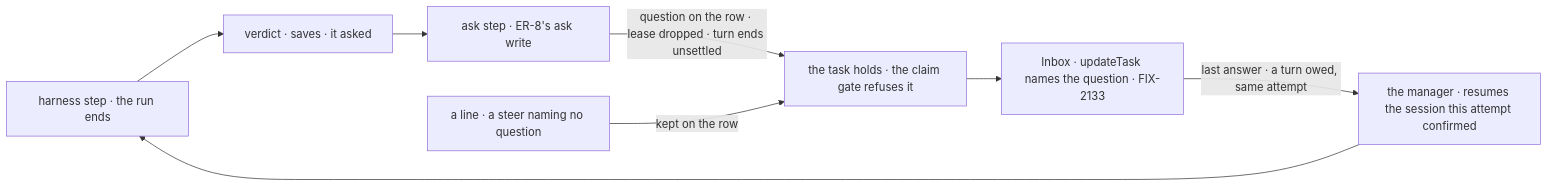
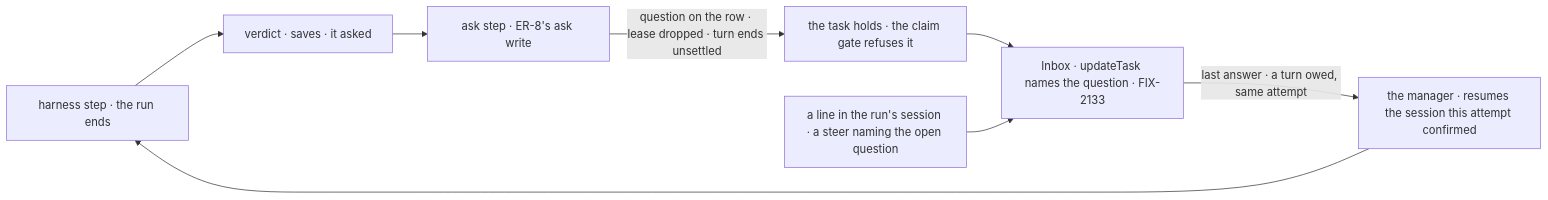
Before and after one commit to fixpoint-labs/flow-state-dev: the second of 2 diagrams in specs/issues/FIX-2132/SPEC.md, drawn with Mermaid. The commit also changed other lines of this file and 3 other files, not shown here.

First line of the commit message:
spec(FIX-2132): align with the sibling specs — a session line answers, sweep, cap owner, deadline hook, fixed-board ticket

````diff
--- a/specs/issues/FIX-2132/SPEC.md
+++ b/specs/issues/FIX-2132/SPEC.md
@@ -91,10 +91,10 @@
 ```mermaid
 flowchart LR
   R["harness step · the run ends"] --> V["verdict · saves · it asked"]
   V --> W["ask step · ER-8's ask write"]
   W -->|"question on the row · lease dropped · turn ends unsettled"| T["the task holds · the claim gate refuses it"]
   T --> I["Inbox · updateTask names the question · FIX-2133"]
-  L["a line · a steer naming no question"] -->|"kept on the row"| T
+  L["a line in the run's session · a steer naming the open question"] --> I
   I -->|"last answer · a turn owed, same attempt"| M["the manager · resumes the session this attempt confirmed"]
   M --> R
 ```
````
